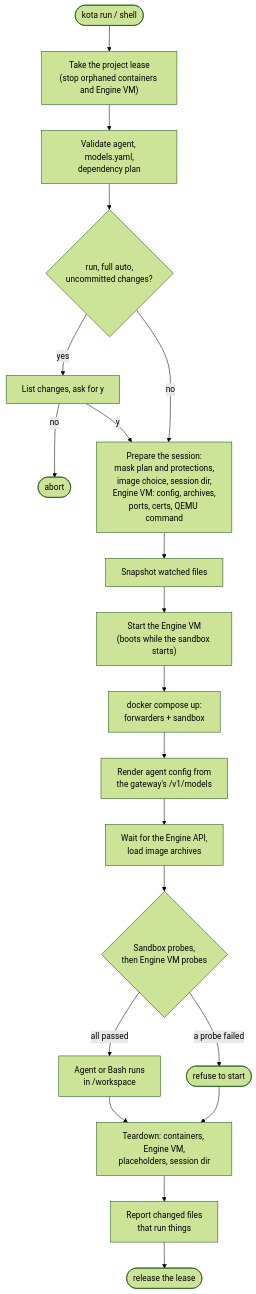
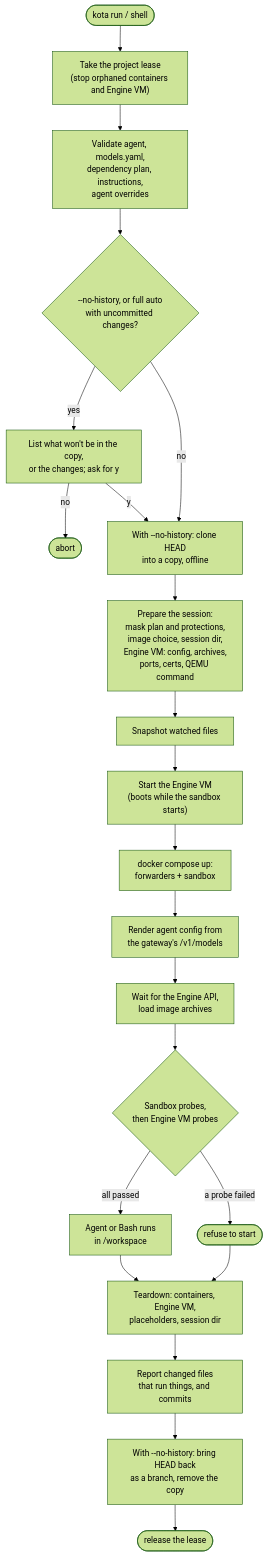
The third of 5 diagrams in docs/architecture.md (cyky/kota), drawn with Mermaid (forest theme) before and after one commit. The commit also changed other lines of this file, not shown here.

Commit message:
docs: bring the architecture diagrams up to date
The startup flow shows the --no-history copy and return and the commit
report, and the package diagram adds instructions and override and the
missing nohistory edges.

Claude-Session: https://claude.ai/code/session_01XNVtbGvqTYL3Td2KsjpY1v

````diff
--- a/docs/architecture.md
+++ b/docs/architecture.md
@@ -71,22 +71,24 @@
 ```mermaid
 flowchart TD
     start(["kota run / shell"]) --> lease["Take the project lease<br/>(stop orphaned containers and Engine VM)"]
-    lease --> validate["Validate agent, models.yaml,<br/>dependency plan"]
-    validate --> auto{"run, full auto,<br/>uncommitted changes?"}
-    auto -- "yes" --> ask["List changes, ask for y"]
+    lease --> validate["Validate agent, models.yaml,<br/>dependency plan, instructions,<br/>agent overrides"]
+    validate --> auto{"--no-history, or full auto<br/>with uncommitted changes?"}
+    auto -- "yes" --> ask["List what won't be in the copy,<br/>or the changes; ask for y"]
     ask -- "no" --> abort(["abort"])
-    ask -- "y" --> prepare
-    auto -- "no" --> prepare["Prepare the session:<br/>mask plan and protections,<br/>image choice, session dir,<br/>Engine VM: config, archives,<br/>ports, certs, QEMU command"]
+    ask -- "y" --> copy
+    auto -- "no" --> copy["With --no-history: clone HEAD<br/>into a copy, offline"]
+    copy --> prepare["Prepare the session:<br/>mask plan and protections,<br/>image choice, session dir,<br/>Engine VM: config, archives,<br/>ports, certs, QEMU command"]
     prepare --> snap["Snapshot watched files"]
     snap --> vmstart["Start the Engine VM<br/>(boots while the sandbox starts)"]
     vmstart --> compose["docker compose up:<br/>forwarders + sandbox"]
     compose --> configure["Render agent config from<br/>the gateway's /v1/models"]
     configure --> ready["Wait for the Engine API,<br/>load image archives"]
     ready --> probes{"Sandbox probes,<br/>then Engine VM probes"}
     probes -- "a probe failed" --> refuse(["refuse to start"])
     probes -- "all passed" --> agent["Agent or Bash runs<br/>in /workspace"]
     agent --> teardown["Teardown: containers, Engine VM,<br/>placeholders, session dir"]
     refuse --> teardown
-    teardown --> report["Report changed files<br/>that run things"]
-    report --> release(["release the lease"])
+    teardown --> report["Report changed files<br/>that run things, and commits"]
+    report --> back["With --no-history: bring HEAD back<br/>as a branch, remove the copy"]
+    back --> release(["release the lease"])
 ```
````
